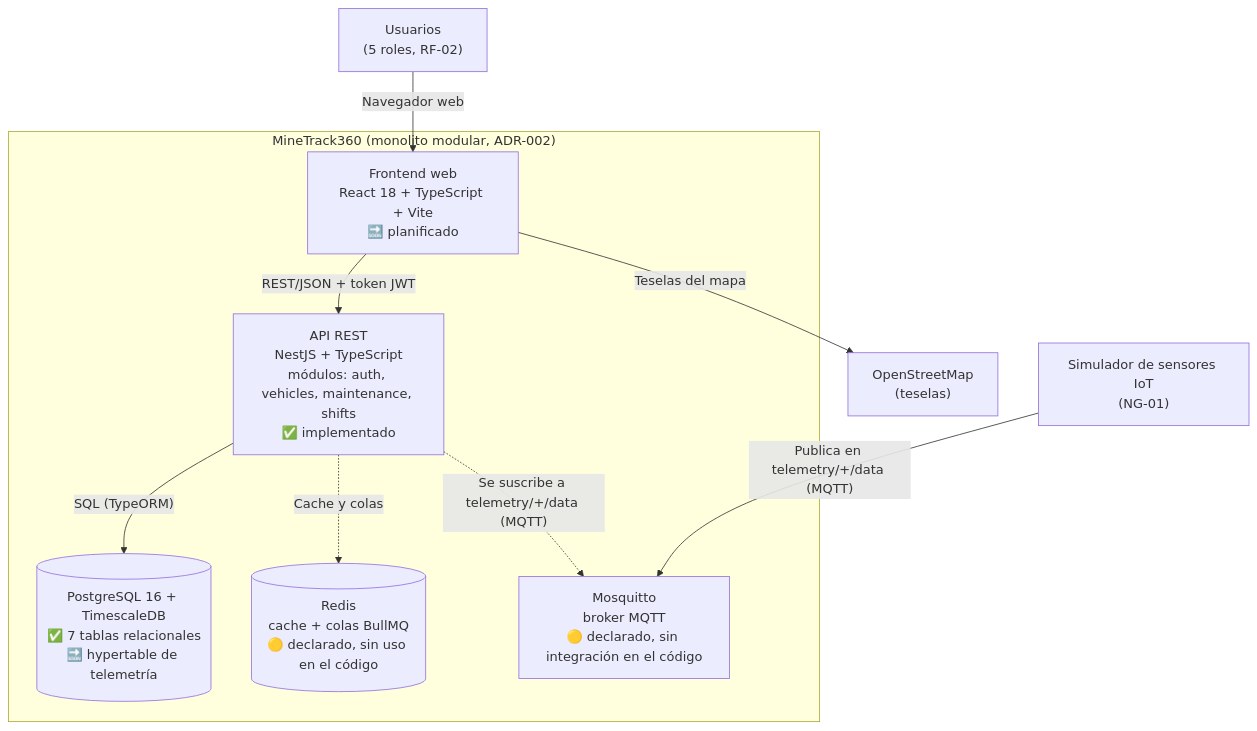
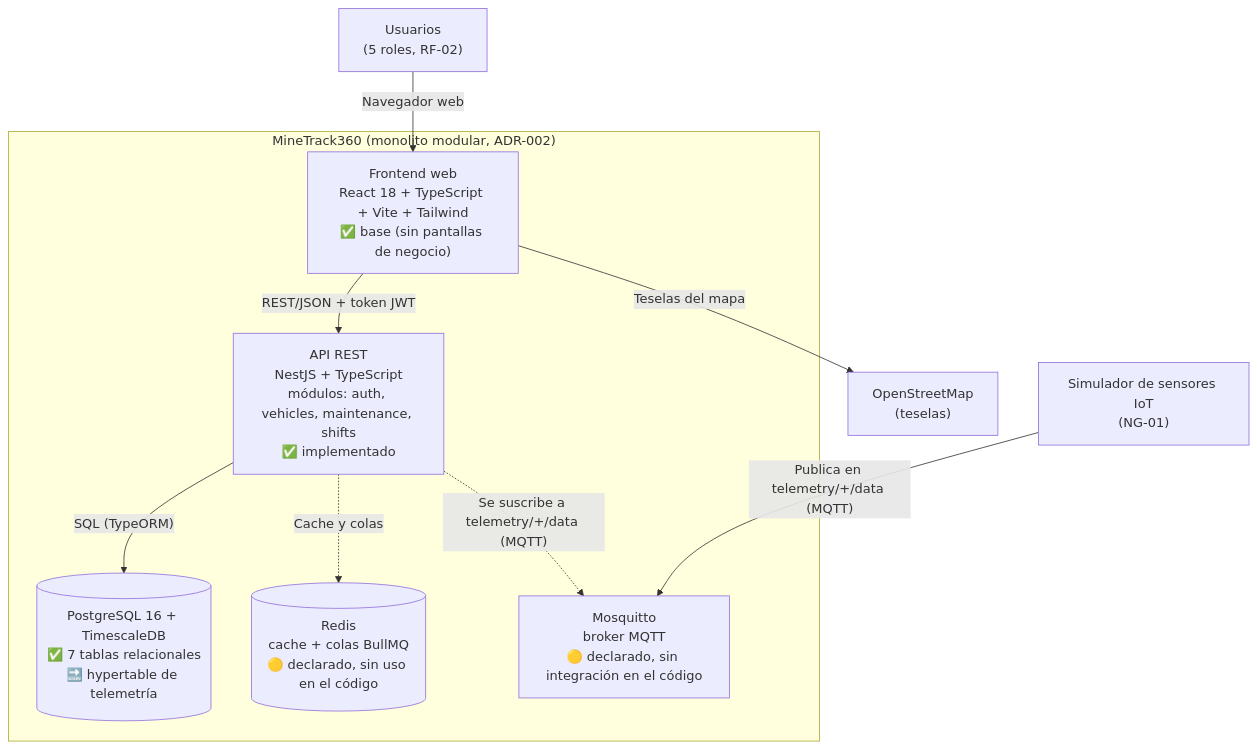
Before and after one commit to IES9018/camilaScheurer-MineTrack360: the diagram in docs/arquitectura/C4-contenedores.md, drawn with Mermaid. The commit also changed other lines of this file and 30 other files, not shown here.

Commit message:
feat(frontend): base de la interfaz con Vite, React, TypeScript y Tailwind

````diff
--- a/docs/arquitectura/C4-contenedores.md
+++ b/docs/arquitectura/C4-contenedores.md
@@ -14,22 +14,22 @@
 ```mermaid
 flowchart TB
     user["Usuarios<br/>(5 roles, RF-02)"]
     sim["Simulador de sensores IoT<br/>(NG-01)"]
     osm["OpenStreetMap<br/>(teselas)"]
 
     subgraph sys["MineTrack360 (monolito modular, ADR-002)"]
-        web["Frontend web<br/>React 18 + TypeScript + Vite<br/>🔜 planificado"]
+        web["Frontend web<br/>React 18 + TypeScript + Vite + Tailwind<br/>✅ base (sin pantallas de negocio)"]
         api["API REST<br/>NestJS + TypeScript<br/>módulos: auth, vehicles, maintenance, shifts<br/>✅ implementado"]
         db[("PostgreSQL 16 + TimescaleDB<br/>✅ 7 tablas relacionales<br/>🔜 hypertable de telemetría")]
         redis[("Redis<br/>cache + colas BullMQ<br/>🟡 declarado, sin uso en el código")]
         mqtt["Mosquitto<br/>broker MQTT<br/>🟡 declarado, sin integración en el código"]
     end
 
     user -->|"Navegador web"| web
     web -->|"REST/JSON + token JWT"| api
     web -->|"Teselas del mapa"| osm
     api -->|"SQL (TypeORM)"| db
     api -.->|"Cache y colas"| redis
     api -.->|"Se suscribe a telemetry/+/data (MQTT)"| mqtt
     sim -->|"Publica en telemetry/+/data (MQTT)"| mqtt
 ```
````
